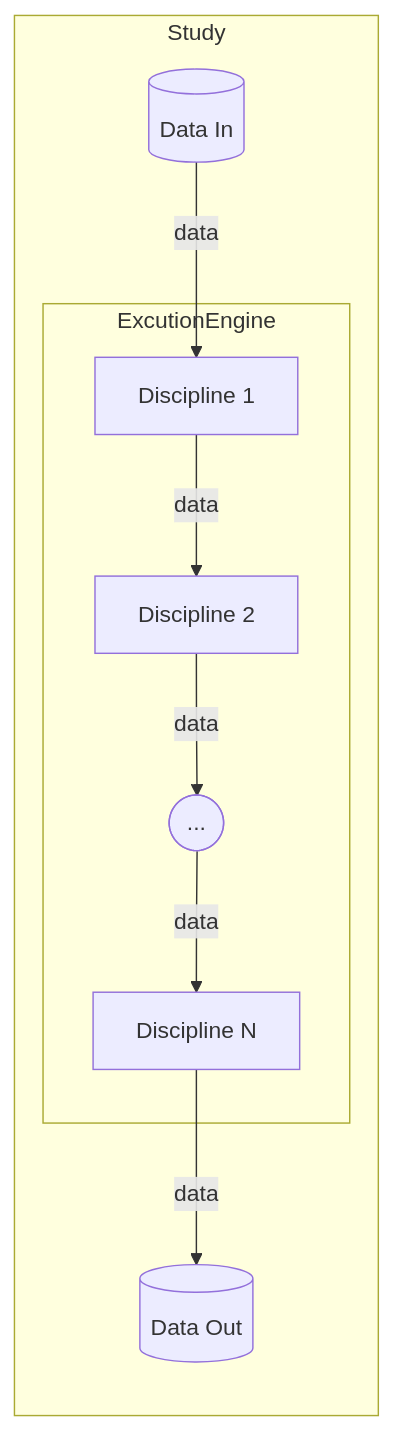
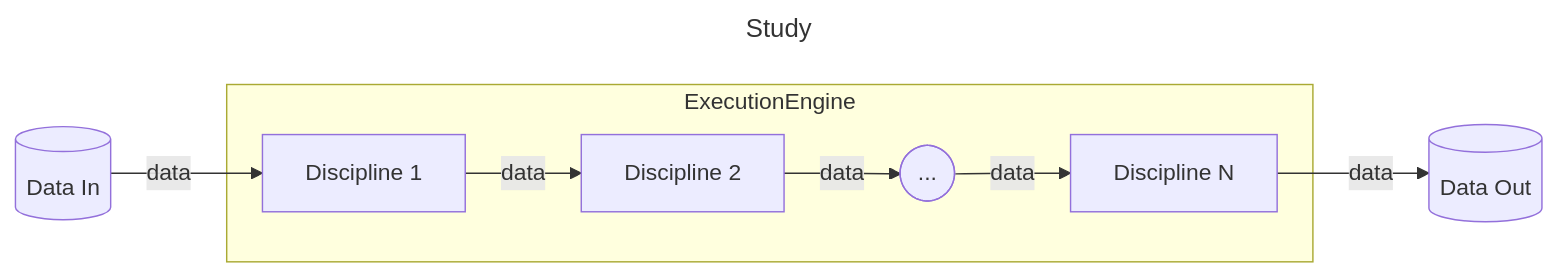
Before and after one commit to os-climate/witness-core: the first of 2 diagrams in documentation/how_to_model_a_study.md, drawn with Mermaid. The commit also changed other lines of this file and 1 other file, not shown here.

Commit message:
Doc fixes related to, but not limited to, covid-model
Fix/enhance documentation as needed working on the covid-model changes.

````diff
--- a/documentation/how_to_model_a_study.md
+++ b/documentation/how_to_model_a_study.md
@@ -12,19 +12,13 @@
 ```mermaid
+---
+title: Study
+---
 flowchart LR
-  subgraph Study
-    di[(Data In)]
-    subgraph ExcutionEngine
-      d1[Discipline 1]
-      d2[Discipline 2]
-      ddots([...])
-      dn[Discipline N]
+    di[(Data In)] -- data --> d1[Discipline 1]
+    subgraph ExecutionEngine
+      d1 -- data --> d2[Discipline 2]
+      d2 -- data --> ddots([...])
+      ddots -- data --> dn[Discipline N]
     end
-    do[(Data Out)]
-  end
-
-  di-->|data|d1
-  d1-->|data|d2
-  d2-->|data|ddots
-  ddots-->|data|dn
-  dn-->|data|do
+    dn -- data --> do[(Data Out)]
 ```
````
